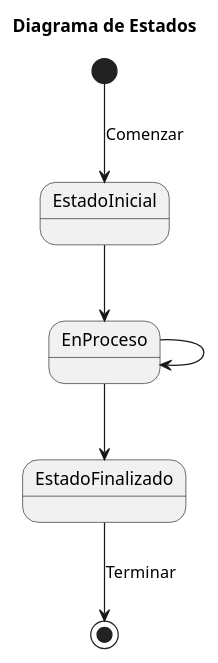
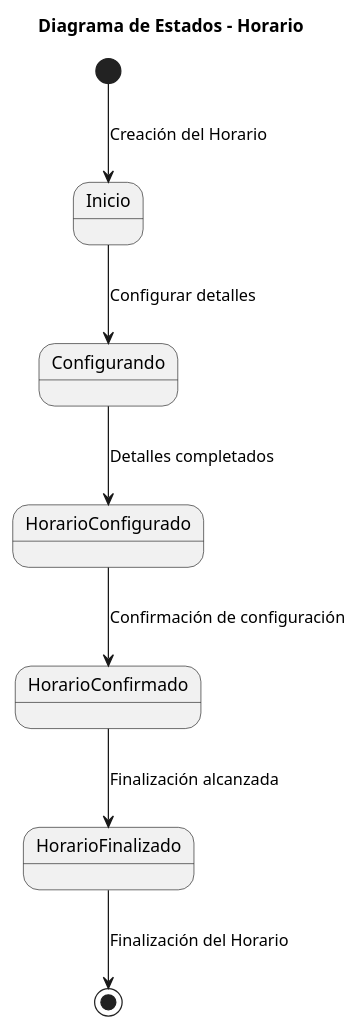
The diagram in modelosUML/DiagramaDeEstados.puml (mmasias/24-25-IdSw1-SDR), drawn with PlantUML before and after one commit.

```diff
--- a/modelosUML/DiagramaDeEstados.puml
+++ b/modelosUML/DiagramaDeEstados.puml
@@ -1,9 +1,11 @@
 @startuml
-title Diagrama de Estados
+title Diagrama de Estados - Horario
 
-[*] --> EstadoInicial: Comenzar
-EstadoInicial --> EnProceso
-EnProceso --> EnProceso
-EnProceso --> EstadoFinalizado
-EstadoFinalizado --> [*]: Terminar
+[*] --> Inicio : Creación del Horario
+Inicio --> Configurando : Configurar detalles
+Configurando --> HorarioConfigurado : Detalles completados
+HorarioConfigurado --> HorarioConfirmado : Confirmación de configuración
+HorarioConfirmado --> HorarioFinalizado : Finalización alcanzada
+HorarioFinalizado --> [*] : Finalización del Horario
+
 @enduml
```
